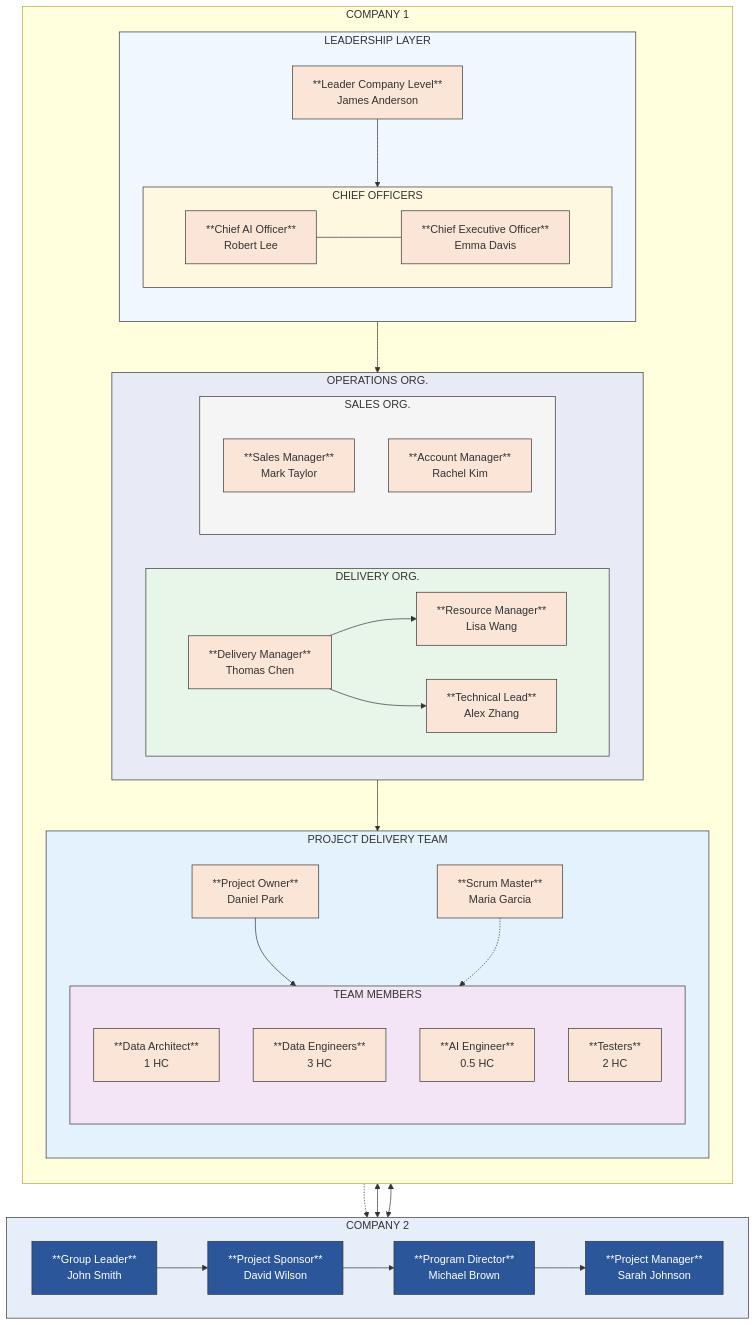
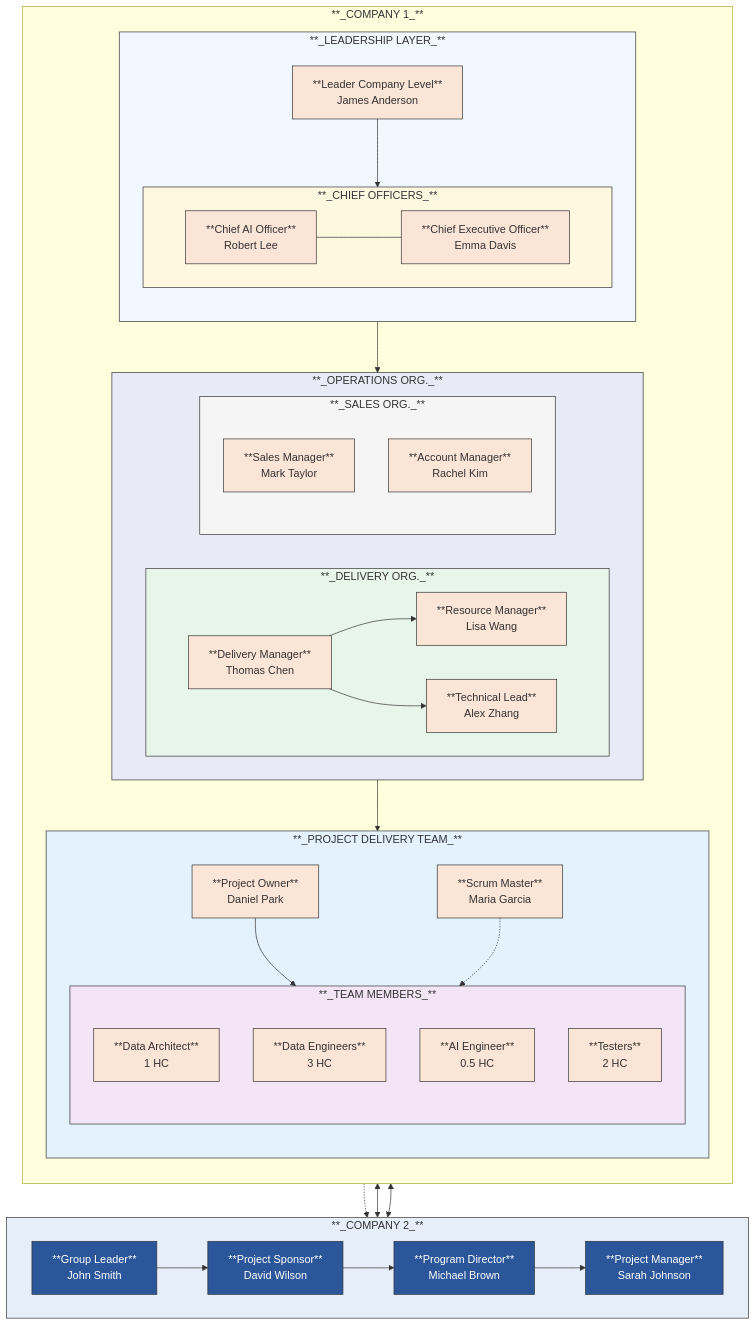
One commit to doantronghieu/Nexus changed the third of 3 diagrams in docs/templates/proposal.md. Above: the diagram before and after it, drawn with Mermaid.

````diff
--- a/docs/templates/proposal.md
+++ b/docs/templates/proposal.md
@@ -106,21 +106,21 @@
 ```mermaid
 flowchart TB
     %% Company 2 at top
-    subgraph C2[COMPANY 2]
+    subgraph C2[**_COMPANY 2_**]
         direction LR
         GL["**Group Leader**<br>John Smith"] --> PS["**Project Sponsor**<br>David Wilson"] --> PD["**Program Director**<br>Michael Brown"] --> PM["**Project Manager**<br>Sarah Johnson"]
     end
 
     %% Company 1 main container
-    subgraph C1[COMPANY 1]
+    subgraph C1[**_COMPANY 1_**]
         direction TB
         %% Leadership Layer
-        subgraph LEAD[LEADERSHIP LAYER]
+        subgraph LEAD[**_LEADERSHIP LAYER_**]
             direction TB
             L1["**Leader Company Level**<br>James Anderson"]
             
             %% Force Chief Officers to be horizontal
-            subgraph CEO_GROUP[CHIEF OFFICERS]
+            subgraph CEO_GROUP[**_CHIEF OFFICERS_**]
                 direction LR
                 CO1["**Chief AI Officer**<br>Robert Lee"] --- CO2["**Chief Executive Officer**<br>Emma Davis"]
             end
@@ -129,10 +129,10 @@
         end
 
         %% Operations Group - adjusted layout
-        subgraph OPS[OPERATIONS ORG.]
+        subgraph OPS[**_OPERATIONS ORG._**]
             direction LR
             %% Delivery Organization
-            subgraph DEL[DELIVERY ORG.]
+            subgraph DEL[**_DELIVERY ORG._**]
                 direction LR
                 DM["**Delivery Manager**<br>Thomas Chen"]
                 RM["**Resource Manager**<br>Lisa Wang"]
@@ -142,7 +142,7 @@
             end
 
             %% Sales Organization
-            subgraph SALES[SALES ORG.]
+            subgraph SALES[**_SALES ORG._**]
                 direction TB
                 SM["**Sales Manager**<br>Mark Taylor"]
                 AM["**Account Manager**<br>Rachel Kim"]
@@ -150,9 +150,9 @@
         end
 
         %% Project Delivery Team
-        subgraph PDT[PROJECT DELIVERY TEAM]
+        subgraph PDT[**_PROJECT DELIVERY TEAM_**]
             direction TB
-            subgraph TM[TEAM MEMBERS]
+            subgraph TM[**_TEAM MEMBERS_**]
                 direction TB
                 DA["**Data Architect**<br>1 HC"]
                 DE["**Data Engineers**<br>3 HC"]
````
